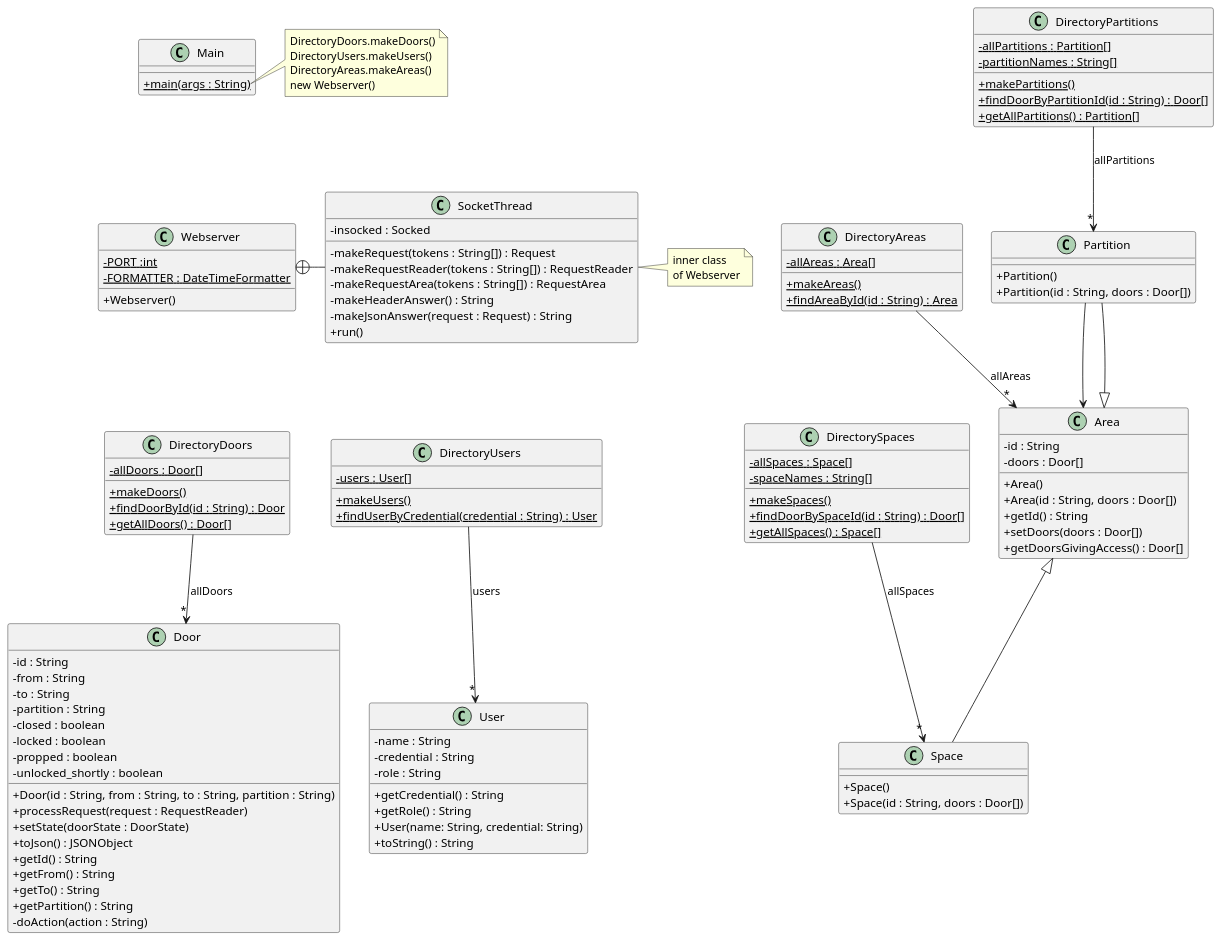
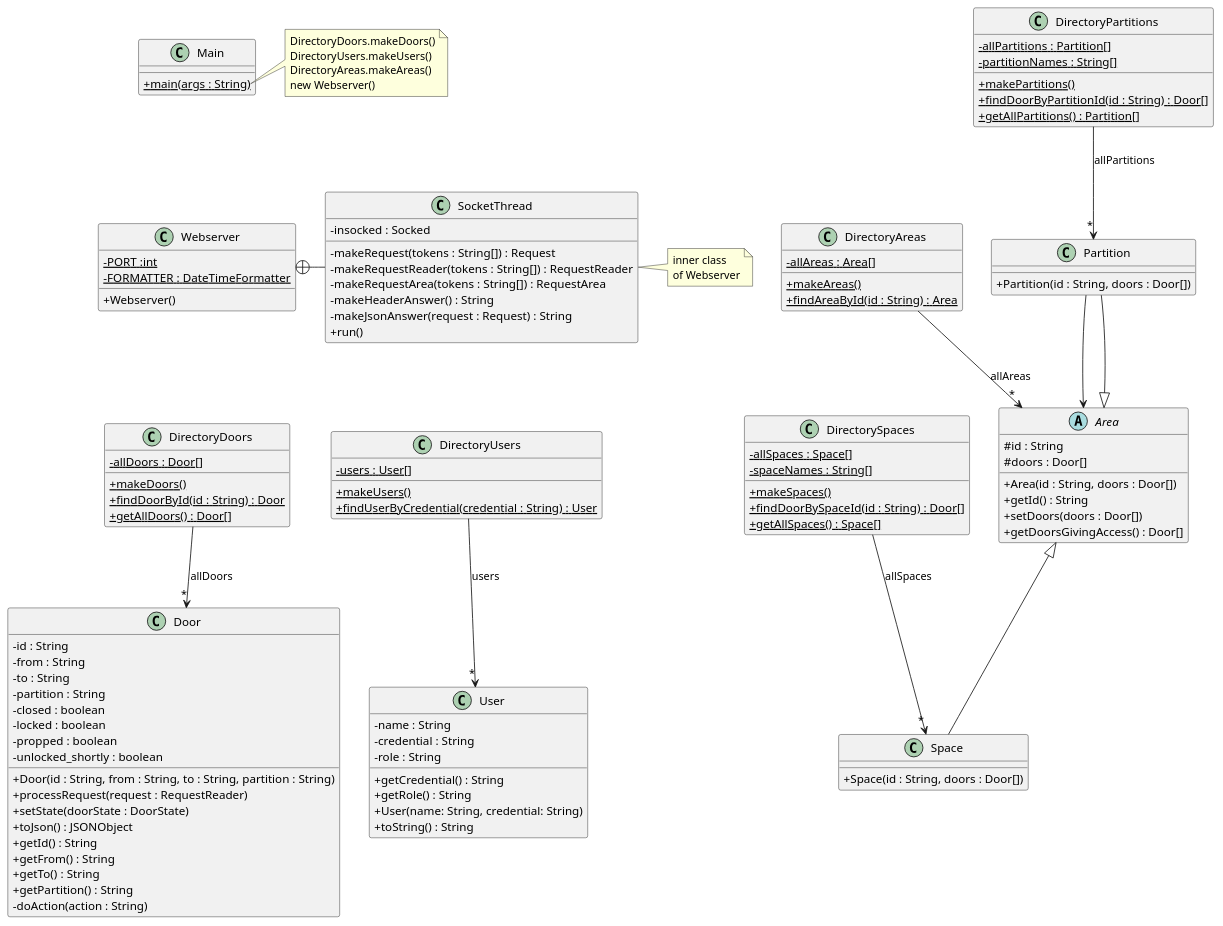
One commit to davidal15/Projecte-DS changed the diagram in src/baseNoStates/uml/base_no_states.puml. Above: the diagram before and after it, drawn with PlantUML. The commit also changed 9 other files, not shown here.

```diff
--- a/src/baseNoStates/uml/base_no_states.puml
+++ b/src/baseNoStates/uml/base_no_states.puml
@@ -1,149 +1,144 @@
 @startuml
 'https://plantuml.com/class-diagram
 skinparam classAttributeIconSize 0
 
 class Webserver {
 - {static} PORT :int
 - {static} FORMATTER : DateTimeFormatter
 + Webserver()
 }
 
 class SocketThread {
 - insocked : Socked
 - makeRequest(tokens : String[]) : Request
 - makeRequestReader(tokens : String[]) : RequestReader
 - makeRequestArea(tokens : String[]) : RequestArea
 - makeHeaderAnswer() : String
 - makeJsonAnswer(request : Request) : String
 + run()
 }
 
 Webserver +-right- SocketThread
 
 note right of SocketThread
 inner class
 of Webserver
 end note
 
 class DirectoryDoors {
 - {static} allDoors : Door[]
 + {static} makeDoors()
 + {static} findDoorById(id : String) : Door
 + {static} getAllDoors() : Door[]
 }
 
 DirectoryDoors --> "*" Door : "allDoors"
 Partition --> Area
 
 class DirectoryUsers {
 - {static} users : User[]
 + {static} makeUsers()
 + {static} findUserByCredential(credential : String) : User
 }
 
 DirectoryUsers --> "*" User : "users"
 
 class DirectorySpaces {
 -{static} allSpaces : Space[]
 -{static} spaceNames : String[]
 +{static} makeSpaces()
 +{static} findDoorBySpaceId(id : String) : Door[]
 +{static} getAllSpaces() : Space[]
 }
 
 DirectorySpaces --> "*" Space : "allSpaces"
 
 class DirectoryPartitions {
 -{static} allPartitions : Partition[]
 -{static} partitionNames : String[]
 +{static} makePartitions()
 +{static} findDoorByPartitionId(id : String) : Door[]
 +{static} getAllPartitions() : Partition[]
 }
 
 DirectoryPartitions --> "*" Partition : "allPartitions"
 
 class DirectoryAreas {
 - {static} allAreas : Area[]
 + {static} makeAreas()
 + {static} findAreaById(id : String) : Area
 
 
 }
 
 DirectoryAreas --> "*" Area : "allAreas"
 
 
 class Door {
 - id : String
 - from : String
 - to : String
 - partition : String
 - closed : boolean
 - locked : boolean
 - propped : boolean
 - unlocked_shortly : boolean
 + Door(id : String, from : String, to : String, partition : String)
 + processRequest(request : RequestReader)
 + setState(doorState : DoorState)
 + toJson() : JSONObject
 + getId() : String
 + getFrom() : String
 + getTo() : String
 + getPartition() : String
 '+ toString() : String
 '+ isClosed() :boolean
 '+ setClosed(b : boolean)
 '+ getStateName() : String
 - doAction(action : String)
 }
 
 
 class User {
 - name : String
 - credential : String
 - role : String
 + getCredential() : String
 + getRole() : String
 + User(name: String, credential: String)
 + toString() : String
 }
 
-class Space {
-+ Space()
+class Space extends Area{
 + Space(id : String, doors : Door[])
 }
 
-class Partition {
-+ Partition()
+class Partition extends Area{
 + Partition(id : String, doors : Door[])
 }
 
-class Area {
-- id : String
-- doors : Door[]
-+ Area()
+abstract class Area {
+# id : String
+# doors : Door[]
 + Area(id : String, doors : Door[])
 + getId() : String
 + setDoors(doors : Door[])
 + getDoorsGivingAccess() : Door[]
 }
 
-Area <|-- Space
-Area <|-- Partition
 
 class Main {
 + {static} main(args : String)
 }
 
 note right of Main::main
 DirectoryDoors.makeDoors()
 DirectoryUsers.makeUsers()
 DirectoryAreas.makeAreas()
 new Webserver()
 end note
 
 Main -[hidden]down- Webserver
 Webserver -[hidden]down- DirectoryDoors
 DirectoryDoors -[hidden]right- DirectoryUsers
 @enduml
```
